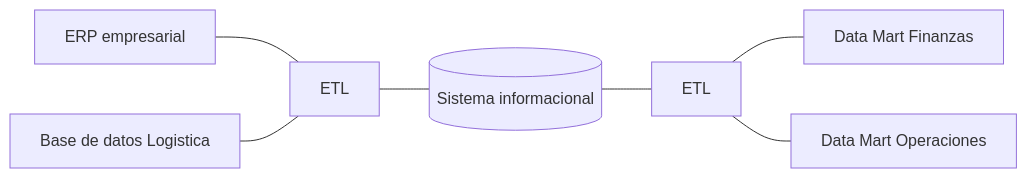
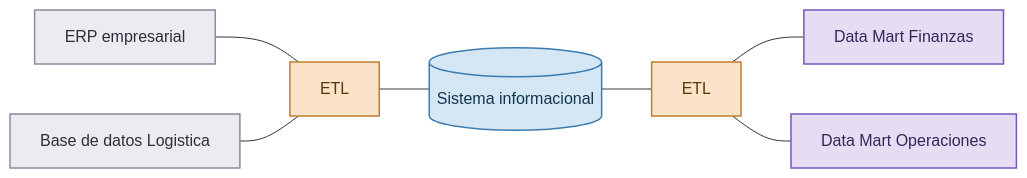
Before and after one commit to IraitzM/ingenieria-datos: the first of 2 diagrams in content/sistemas/arquitecturas.qmd, drawn with Mermaid. The commit also changed other lines of this file and 28 other files, not shown here.

````diff
--- a/content/sistemas/arquitecturas.qmd
+++ b/content/sistemas/arquitecturas.qmd
@@ -12,24 +12,34 @@
 ```{mermaid}
 flowchart LR
     source1["ERP empresarial"]
     source2["Base de datos Logistica"]
 
     etl1["ETL"]
 
     dw[("Sistema informacional")]
 
     etl2["ETL"]
 
     datamart1["Data Mart Finanzas"]
     datamart2["Data Mart Operaciones"]
 
     source1 --- etl1
     source2 --- etl1
 
     etl1 --- dw
 
     dw --- etl2
 
     etl2 --- datamart1
     etl2 --- datamart2
+
+    %% Paleta por bloque del libro
+    classDef origen fill:#ececf0,stroke:#868d9c,stroke-width:1.5px,color:#2b2f3a
+    classDef carga fill:#fae3c8,stroke:#bf7f28,stroke-width:1.5px,color:#573809
+    classDef almacen fill:#d5e6f5,stroke:#3d7cb0,stroke-width:1.5px,color:#12354e
+    classDef explotacion fill:#e6ddf5,stroke:#7457bd,stroke-width:1.5px,color:#332757
+    class source1,source2 origen
+    class etl1,etl2 carga
+    class dw almacen
+    class datamart1,datamart2 explotacion
 ```
````
